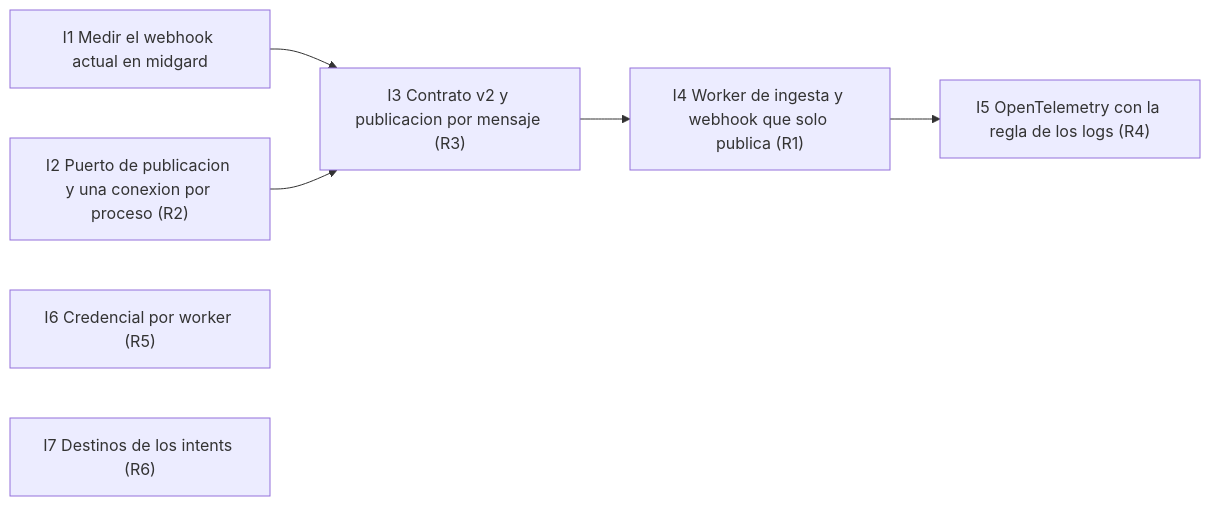
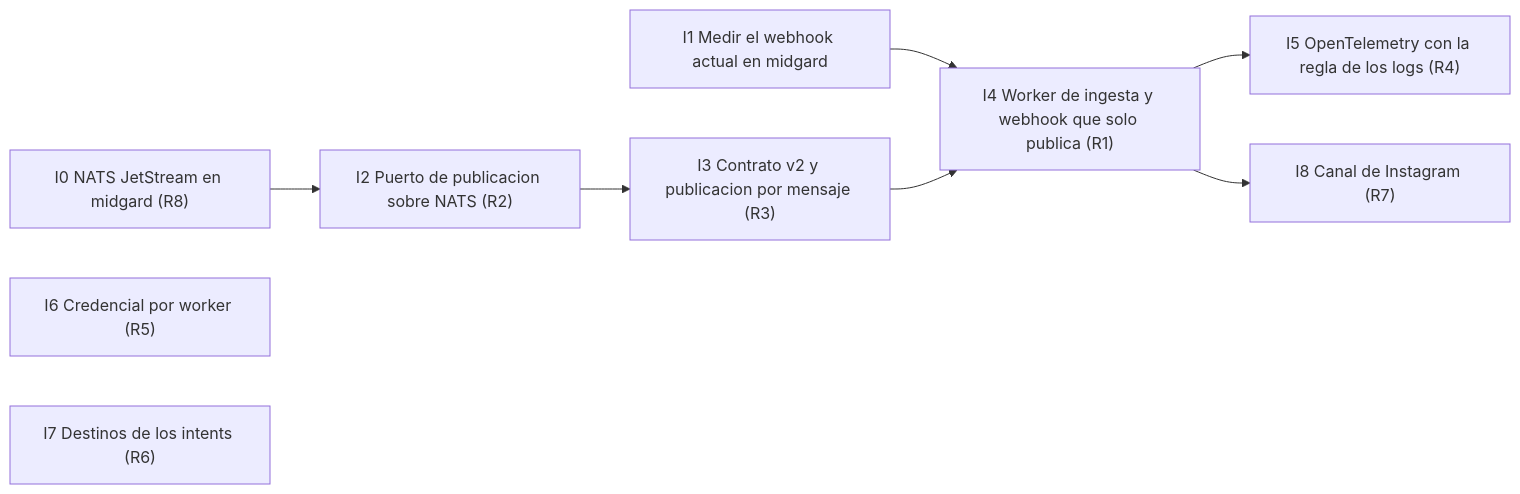
The third of 3 diagrams in docs/00-project/plan-topologia-de-workers.md (jeremialcala/wh-python-fastapi-messenger), drawn with Mermaid before and after one commit. The commit also changed other lines of this file and 1 other file, not shown here.

````diff
--- a/docs/00-project/plan-topologia-de-workers.md
+++ b/docs/00-project/plan-topologia-de-workers.md
@@ -207,10 +213,13 @@
 ```mermaid
 flowchart LR
-    I1["I1 Medir el webhook actual en midgard"] --> I3
-    I2["I2 Puerto de publicacion y una conexion por proceso (R2)"] --> I3
+    I1["I1 Medir el webhook actual en midgard"] --> I4
+    I0["I0 NATS JetStream en midgard (R8)"] --> I2
+    I2["I2 Puerto de publicacion sobre NATS (R2)"] --> I3
     I3["I3 Contrato v2 y publicacion por mensaje (R3)"] --> I4
     I4["I4 Worker de ingesta y webhook que solo publica (R1)"] --> I5
+    I4 --> I8
     I5["I5 OpenTelemetry con la regla de los logs (R4)"]
     I6["I6 Credencial por worker (R5)"]
     I7["I7 Destinos de los intents (R6)"]
+    I8["I8 Canal de Instagram (R7)"]
 ```
````
